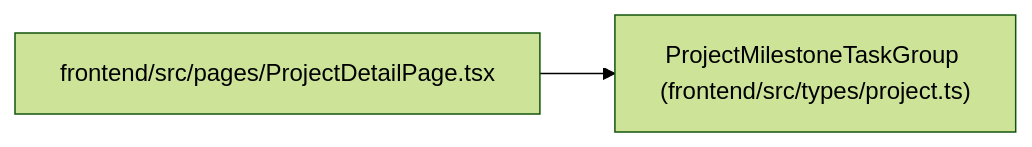
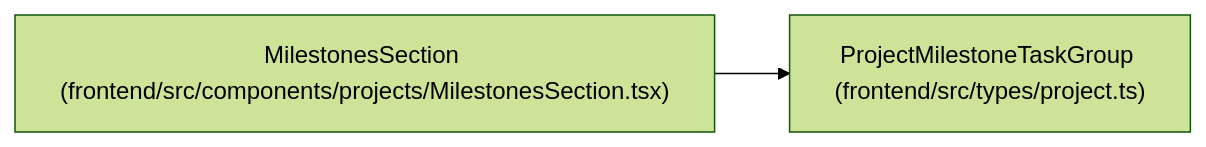
Before and after one commit to Denissvgn/WorkChord: the diagram in docs/llm_wiki/entities/types_project_ProjectMilestoneTaskGroup.md, drawn with Mermaid (forest theme). The commit also changed other lines of this file and 2373 other files, not shown here.

````diff
--- a/docs/llm_wiki/entities/types_project_ProjectMilestoneTaskGroup.md
+++ b/docs/llm_wiki/entities/types_project_ProjectMilestoneTaskGroup.md
@@ -33,8 +33,8 @@
 ```mermaid
 flowchart LR
     n0["ProjectMilestoneTaskGroup (frontend/src/types/project.ts)"]
-    n1["frontend/src/pages/ProjectDetailPage.tsx"]
+    n1["MilestonesSection (frontend/src/components/projects/MilestonesSection.tsx)"]
     n1 --> n0
     click n0 "../modules/types_project.md"
-    click n1 "../modules/ProjectDetailPage.md"
+    click n1 "../modules/MilestonesSection.md"
 ```
````
